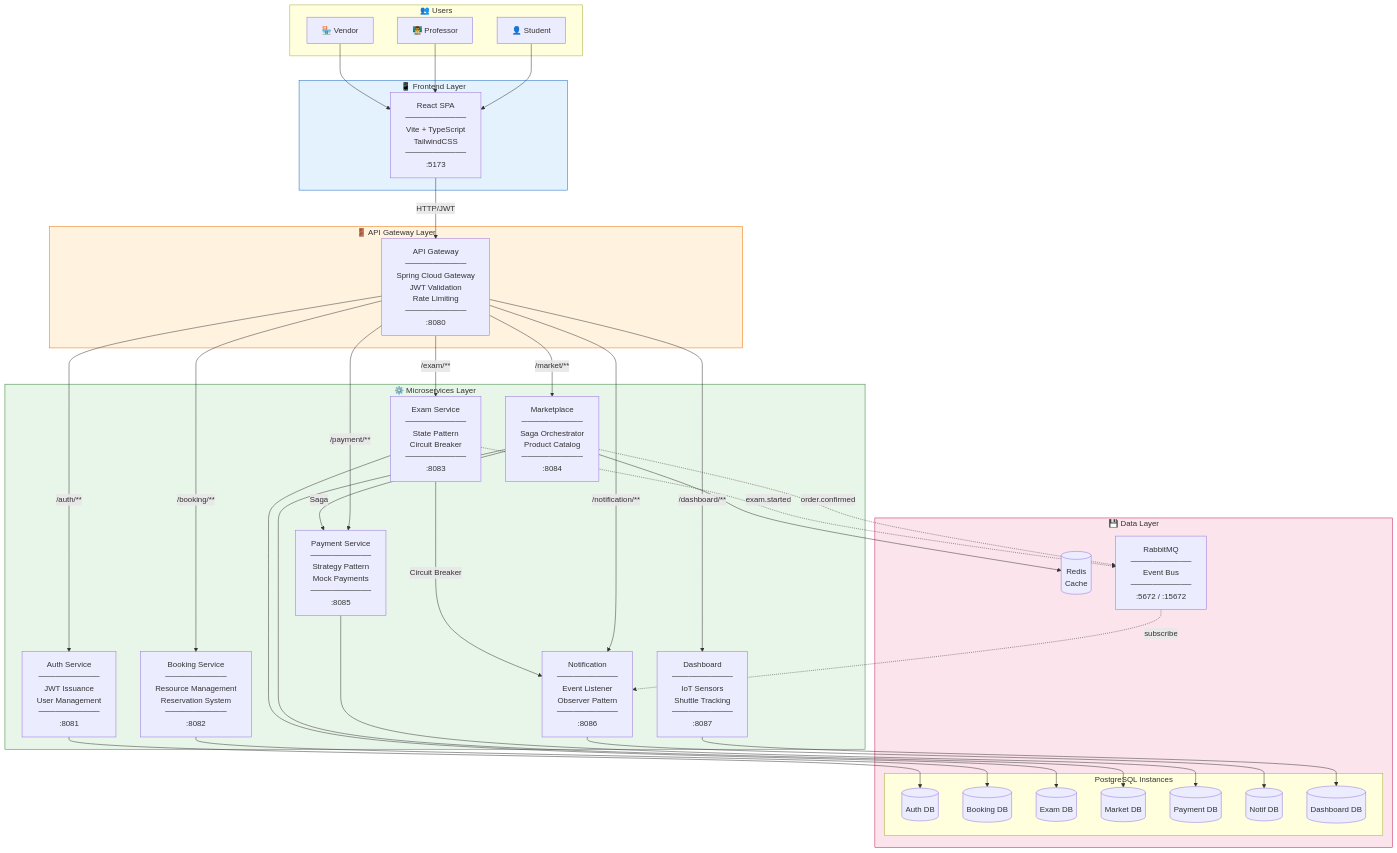
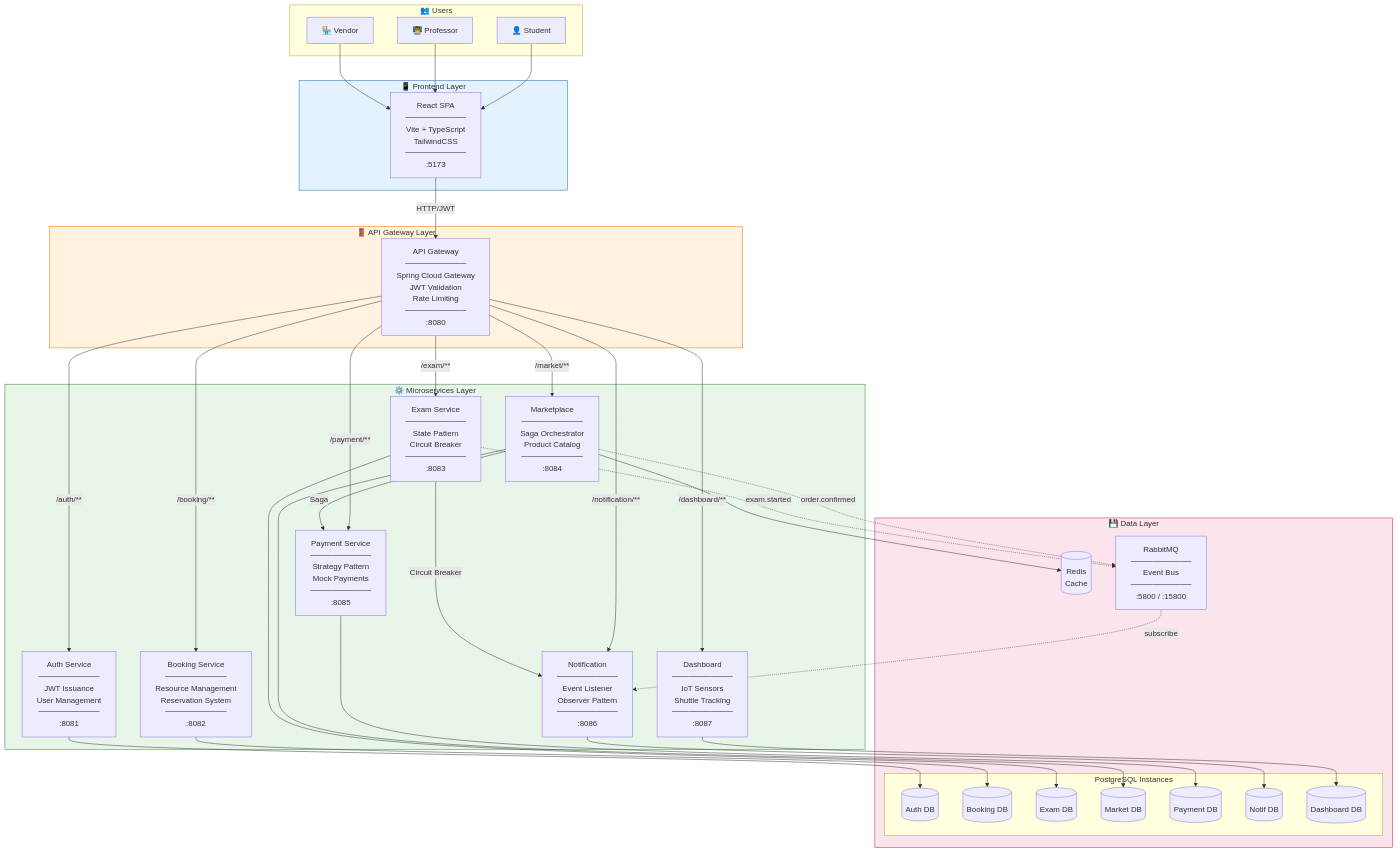
Before and after one commit to Navidtor/Smart_University_Platform_new: the diagram in docs/diagrams/c4-container.md, drawn with Mermaid. The commit also changed 14 other files, not shown here.

```diff
--- a/docs/diagrams/c4-container.md
+++ b/docs/diagrams/c4-container.md
@@ -50,7 +50,7 @@
         
         REDIS[("Redis<br/>Cache")]
         
-        MQ["RabbitMQ<br/>───────────<br/>Event Bus<br/>───────────<br/>:5672 / :15672"]
+        MQ["RabbitMQ<br/>───────────<br/>Event Bus<br/>───────────<br/>:5800 / :15800"]
     end
 
     %% User connections
```
